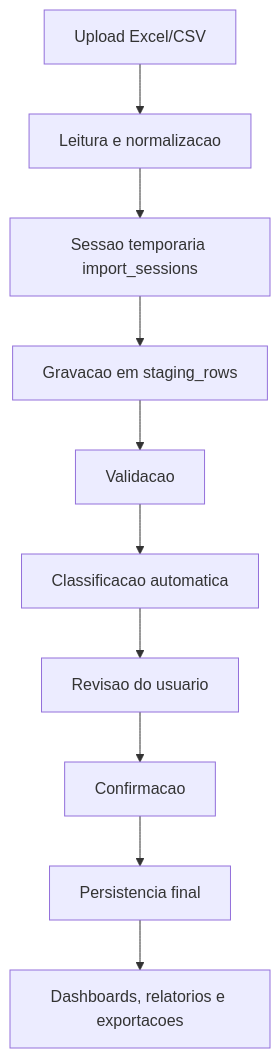
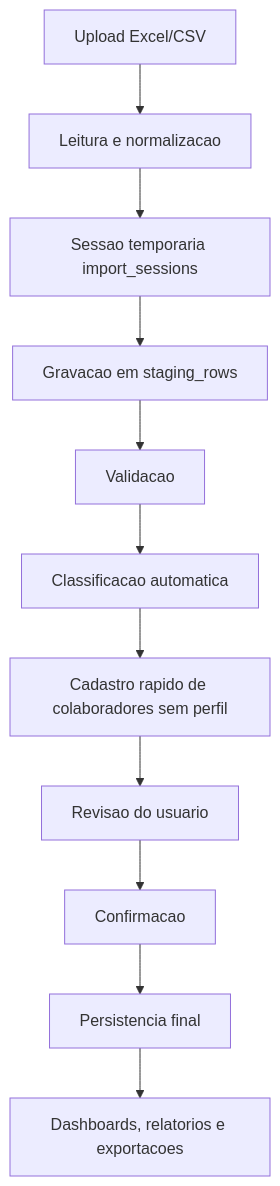
One commit to GiovannaBarbieri/alfred changed the second of 4 diagrams in docs/09-documentacao-tecnica-completa.md. Above: the diagram before and after it, drawn with Mermaid. The commit also changed other lines of this file and 8 other files, not shown here.

Commit message:
Update documentation for import review flow

````diff
--- a/docs/09-documentacao-tecnica-completa.md
+++ b/docs/09-documentacao-tecnica-completa.md
@@ -57,12 +57,13 @@
 ```mermaid
 flowchart TD
   A["Upload Excel/CSV"] --> B["Leitura e normalizacao"]
   B --> C["Sessao temporaria import_sessions"]
   C --> D["Gravacao em staging_rows"]
   D --> E["Validacao"]
   E --> F["Classificacao automatica"]
-  F --> G["Revisao do usuario"]
-  G --> H["Confirmacao"]
-  H --> I["Persistencia final"]
-  I --> J["Dashboards, relatorios e exportacoes"]
+  F --> G["Cadastro rapido de colaboradores sem perfil"]
+  G --> H["Revisao do usuario"]
+  H --> I["Confirmacao"]
+  I --> J["Persistencia final"]
+  J --> K["Dashboards, relatorios e exportacoes"]
 ```
````
